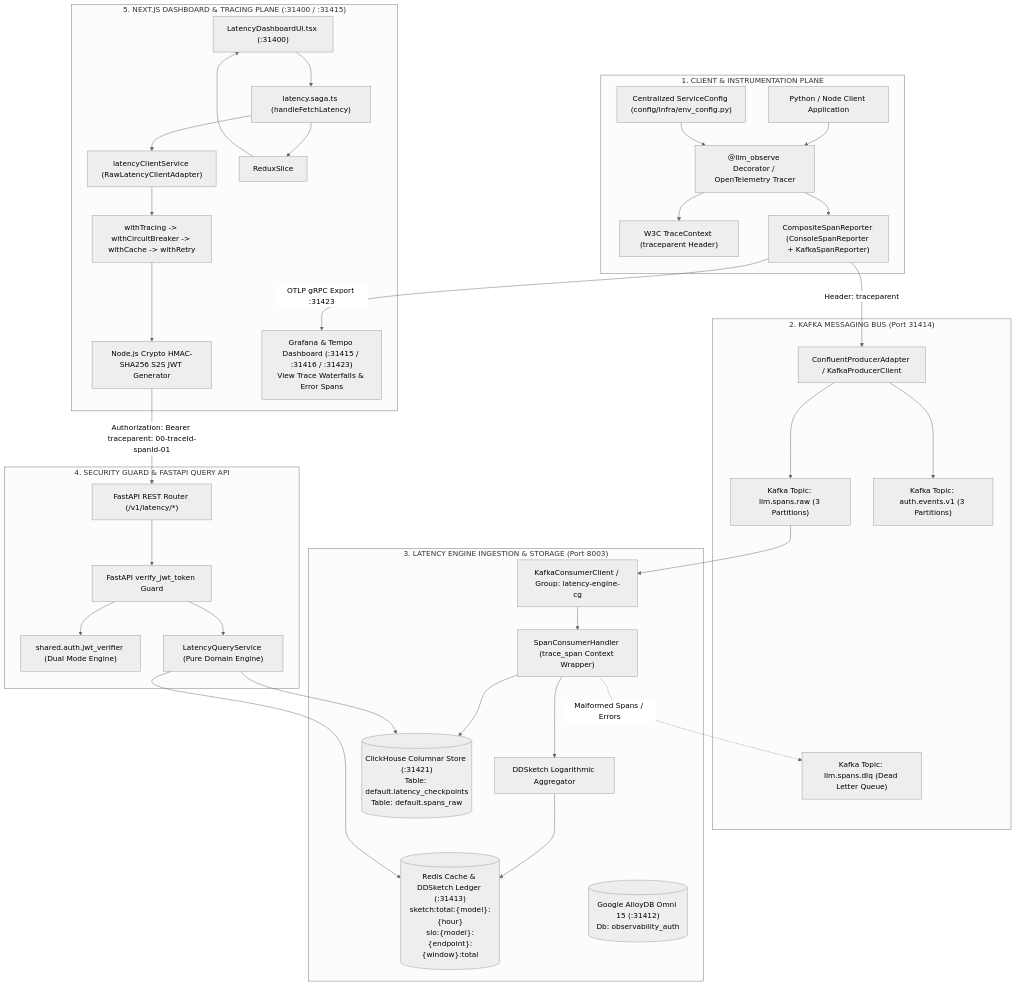
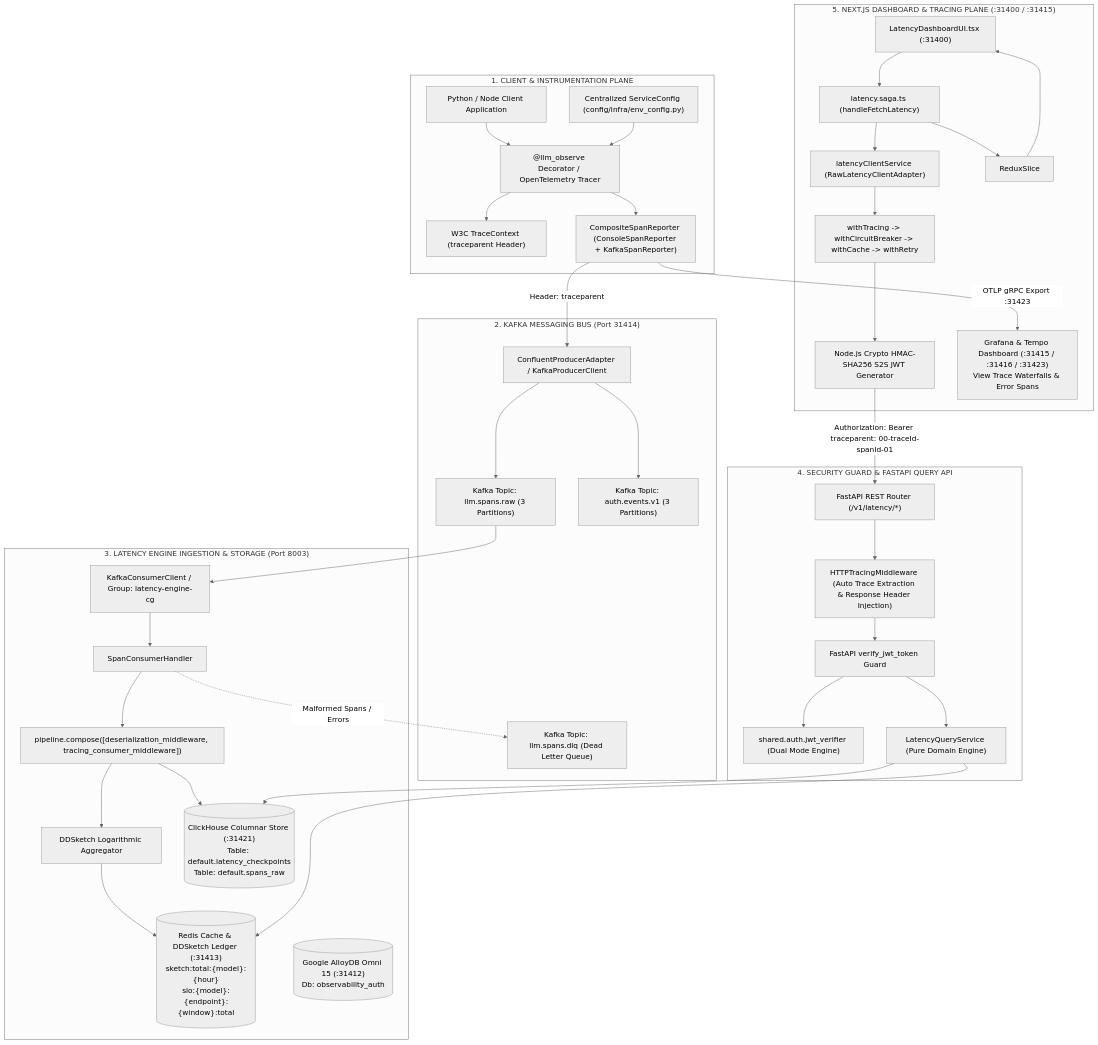
One commit to Chief-Strategist-J/llm-observability-platform changed the first of 4 diagrams in packages/node/web-app/adr/0007-latency-engine-end-to-end-integration-and-security.md. Above: the diagram before and after it, drawn with Mermaid (neutral theme). The commit also changed other lines of this file and 4 other files, not shown here.

Commit message:
refactor(middleware): eliminate route handler tracing boilerplate by utilizing HTTPTracingMiddleware and pipeline.compose tracing consumer middleware with ADR-0007 update

````diff
--- a/packages/node/web-app/adr/0007-latency-engine-end-to-end-integration-and-security.md
+++ b/packages/node/web-app/adr/0007-latency-engine-end-to-end-integration-and-security.md
@@ -27,73 +27,77 @@
 ```mermaid
 flowchart TD
     subgraph ClientAppPlane["1. CLIENT & INSTRUMENTATION PLANE"]
         UserApp["Python / Node Client Application"]
         SDKDecorator["@llm_observe Decorator / OpenTelemetry Tracer"]
         TracingContext["W3C TraceContext (traceparent Header)"]
         CompositeReporter["CompositeSpanReporter (ConsoleSpanReporter + KafkaSpanReporter)"]
         ConfigRegistry["Centralized ServiceConfig (config/infra/env_config.py)"]
 
         UserApp --> SDKDecorator
         ConfigRegistry --> SDKDecorator
         SDKDecorator --> TracingContext
         SDKDecorator --> CompositeReporter
     end
 
     subgraph KafkaPlane["2. KAFKA MESSAGING BUS (Port 31414)"]
         KafkaProducer["ConfluentProducerAdapter / KafkaProducerClient"]
         TopicRaw["Kafka Topic: llm.spans.raw (3 Partitions)"]
         TopicAuth["Kafka Topic: auth.events.v1 (3 Partitions)"]
         TopicDLQ["Kafka Topic: llm.spans.dlq (Dead Letter Queue)"]
 
         CompositeReporter -->|Header: traceparent| KafkaProducer
         KafkaProducer --> TopicRaw
         KafkaProducer --> TopicAuth
     end
 
     subgraph IngestionEnginePlane["3. LATENCY ENGINE INGESTION & STORAGE (Port 8003)"]
         KafkaConsumer["KafkaConsumerClient / Group: latency-engine-cg"]
-        SpanHandler["SpanConsumerHandler (trace_span Context Wrapper)"]
+        ConsumerPipeline["pipeline.compose([deserialization_middleware, tracing_consumer_middleware])"]
+        SpanHandler["SpanConsumerHandler"]
         DDSketchEngine["DDSketch Logarithmic Aggregator"]
         RedisStore[("Redis Cache & DDSketch Ledger (:31413)\nsketch:total:{model}:{hour}\nslo:{model}:{endpoint}:{window}:total")]
         ClickHouseDB[("ClickHouse Columnar Store (:31421)\nTable: default.latency_checkpoints\nTable: default.spans_raw")]
         AlloyDB[("Google AlloyDB Omni 15 (:31412)\nDb: observability_auth")]
 
         TopicRaw --> KafkaConsumer
         KafkaConsumer --> SpanHandler
-        SpanHandler --> DDSketchEngine
+        SpanHandler --> ConsumerPipeline
+        ConsumerPipeline --> DDSketchEngine
         DDSketchEngine --> RedisStore
-        SpanHandler --> ClickHouseDB
+        ConsumerPipeline --> ClickHouseDB
         SpanHandler -.->|Malformed Spans / Errors| TopicDLQ
     end
 
     subgraph SecurityAPIPlane["4. SECURITY GUARD & FASTAPI QUERY API"]
         FastAPI["FastAPI REST Router (/v1/latency/*)"]
+        HTTPMiddleware["HTTPTracingMiddleware (Auto Trace Extraction & Response Header Injection)"]
         JWTGuard["FastAPI verify_jwt_token Guard"]
         JWTVerifier["shared.auth.jwt_verifier (Dual Mode Engine)"]
         QueryService["LatencyQueryService (Pure Domain Engine)"]
 
-        FastAPI --> JWTGuard
+        FastAPI --> HTTPMiddleware
+        HTTPMiddleware --> JWTGuard
         JWTGuard --> JWTVerifier
         JWTGuard --> QueryService
         QueryService --> RedisStore
         QueryService --> ClickHouseDB
     end
 
     subgraph WebAppPlane["5. NEXT.JS DASHBOARD & TRACING PLANE (:31400 / :31415)"]
         ReactUI["LatencyDashboardUI.tsx (:31400)"]
         ReduxSaga["latency.saga.ts (handleFetchLatency)"]
         ClientAdapter["latencyClientService (RawLatencyClientAdapter)"]
         ResilienceChain["withTracing -> withCircuitBreaker -> withCache -> withRetry"]
         S2SSigner["Node.js Crypto HMAC-SHA256 S2S JWT Generator"]
         GrafanaTempo["Grafana & Tempo Dashboard (:31415 / :31416 / :31423)\nView Trace Waterfalls & Error Spans"]
 
         ReactUI --> ReduxSaga
         ReduxSaga --> ClientAdapter
         ClientAdapter --> ResilienceChain
         ResilienceChain --> S2SSigner
         S2SSigner -->|Authorization: Bearer <S2S_JWT>\ntraceparent: 00-traceId-spanId-01| FastAPI
         CompositeReporter -->|OTLP gRPC Export :31423| GrafanaTempo
         ReduxSaga --> ReduxSlice
         ReduxSlice --> ReactUI
     end
 ```
````
